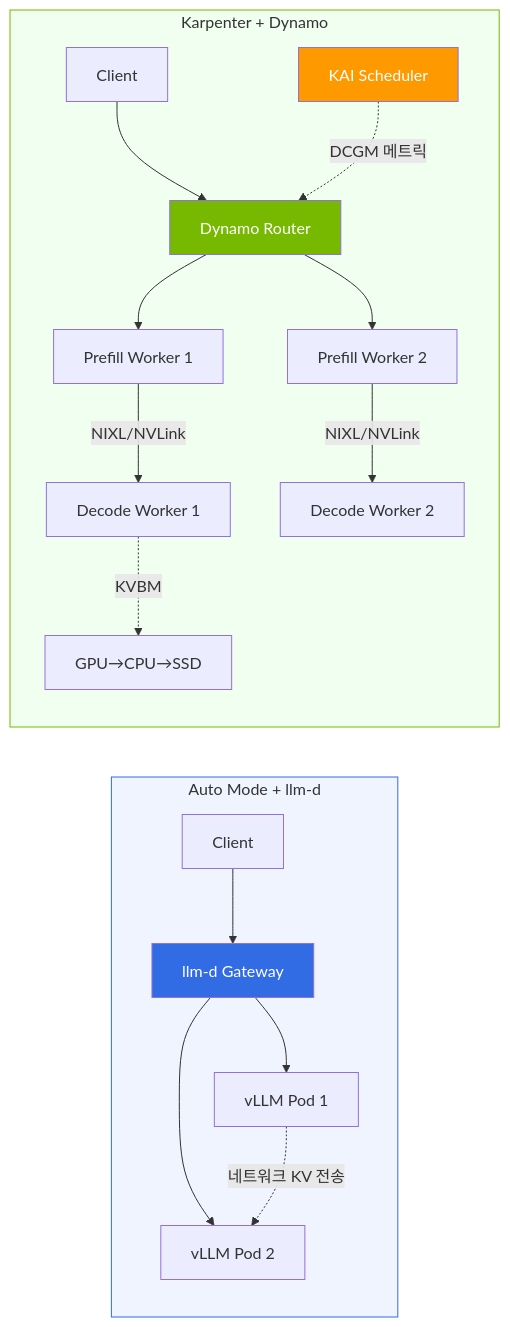
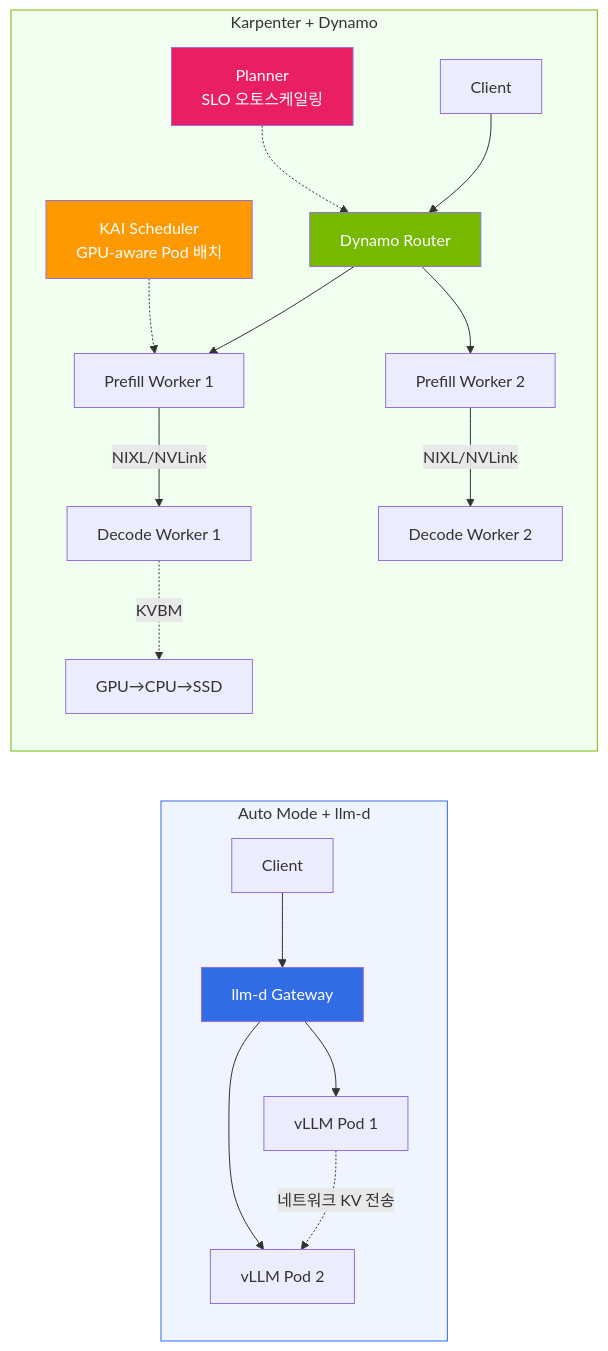
Before and after one commit to devfloor9/engineering-playbook: the third of 3 diagrams in docs/agentic-ai-platform/model-serving/llm-d-eks-automode.md, drawn with Mermaid. The commit also changed other lines of this file and 1 other file, not shown here.

First line of the commit message:
fix: GPU Operator/DCGM/KAI Scheduler/Dynamo/LLM-D 문서 오류 수정

````diff
--- a/docs/agentic-ai-platform/model-serving/llm-d-eks-automode.md
+++ b/docs/agentic-ai-platform/model-serving/llm-d-eks-automode.md
@@ -758,27 +770,29 @@
 ```mermaid
 flowchart LR
     subgraph AutoMode["Auto Mode + llm-d"]
         direction TB
         C1[Client] --> GW1[llm-d Gateway]
         GW1 --> VP1[vLLM Pod 1]
         GW1 --> VP2[vLLM Pod 2]
         VP1 -.->|네트워크 KV 전송| VP2
     end
 
     subgraph KarpenterDynamo["Karpenter + Dynamo"]
         direction TB
         C2[Client] --> DR[Dynamo Router]
         DR --> PW1[Prefill Worker 1]
         DR --> PW2[Prefill Worker 2]
         PW1 -->|NIXL/NVLink| DW1[Decode Worker 1]
         PW2 -->|NIXL/NVLink| DW2[Decode Worker 2]
         DW1 -.->|KVBM| SSD1[GPU→CPU→SSD]
-        KAI[KAI Scheduler] -.->|DCGM 메트릭| DR
+        KAI[KAI Scheduler<br/>GPU-aware Pod 배치] -.-> PW1
+        PLAN[Planner<br/>SLO 오토스케일링] -.-> DR
     end
 
     style AutoMode fill:#f0f4ff,stroke:#326ce5
     style KarpenterDynamo fill:#f0fff0,stroke:#76b900
     style GW1 fill:#326ce5,color:#fff
     style DR fill:#76b900,color:#fff
     style KAI fill:#ff9900,color:#fff
+    style PLAN fill:#e91e63,color:#fff
 ```
````
